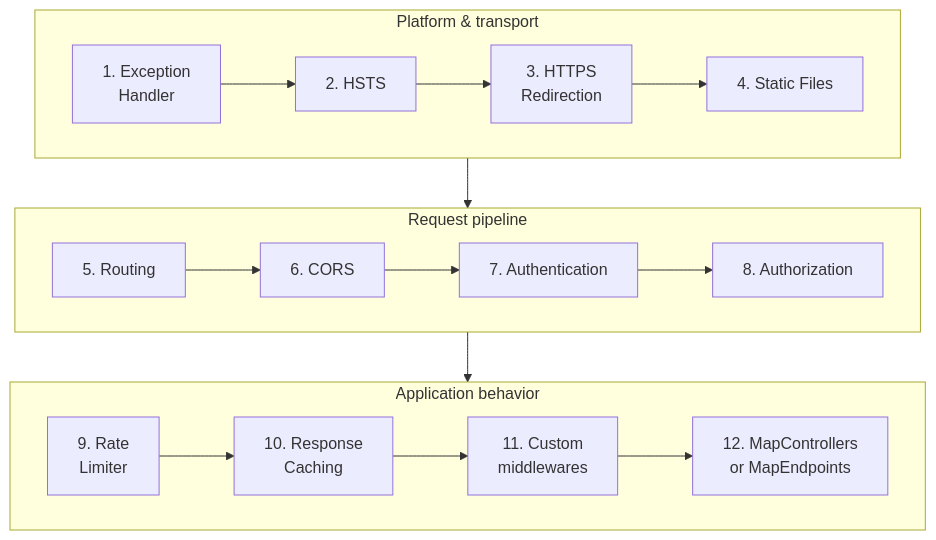
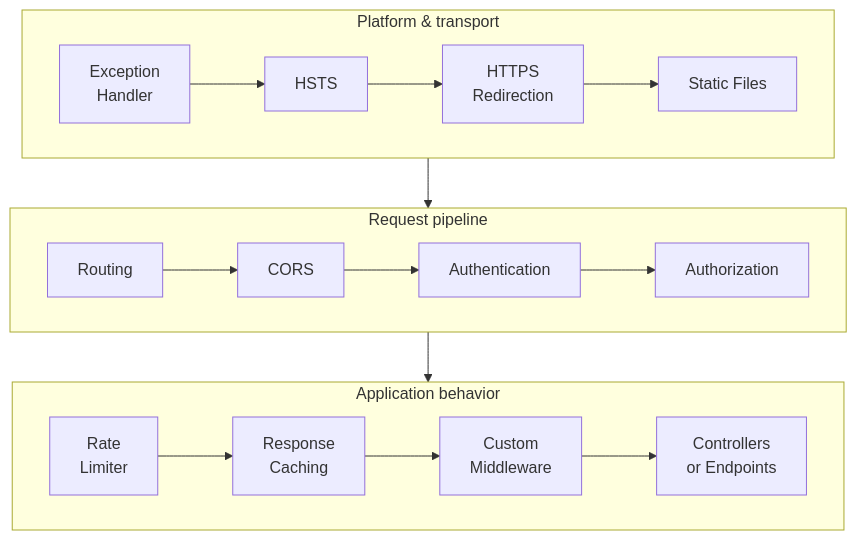
The second of 3 diagrams in talks/lightning/Middlewares in ASP.NET Core/presentation.md (davidkaya/blog), drawn with Mermaid before and after one commit. The commit also changed 1 other file, not shown here.

Commit message:
fix: tighten Mermaid slide diagrams

````diff
--- a/talks/lightning/Middlewares in ASP.NET Core/presentation.md
+++ b/talks/lightning/Middlewares in ASP.NET Core/presentation.md
@@ -272,20 +272,20 @@
 ```mermaid
 flowchart TB
     subgraph Platform["Platform & transport"]
         direction LR
-        A["1. Exception<br>Handler"] --> B["2. HSTS"] --> C["3. HTTPS<br>Redirection"] --> D["4. Static Files"]
+        A["Exception<br>Handler"] --> B["HSTS"] --> C["HTTPS<br>Redirection"] --> D["Static Files"]
     end
 
     subgraph Pipeline["Request pipeline"]
         direction LR
-        E["5. Routing"] --> F["6. CORS"] --> G["7. Authentication"] --> H["8. Authorization"]
+        E["Routing"] --> F["CORS"] --> G["Authentication"] --> H["Authorization"]
     end
 
     subgraph App["Application behavior"]
         direction LR
-        I["9. Rate<br>Limiter"] --> J["10. Response<br>Caching"] --> K["11. Custom<br>middlewares"] --> L["12. MapControllers<br>or MapEndpoints"]
+        I["Rate<br>Limiter"] --> J["Response<br>Caching"] --> K["Custom<br>Middleware"] --> L["Controllers<br>or Endpoints"]
     end
 
     D --> E
     H --> I
 ```
````
